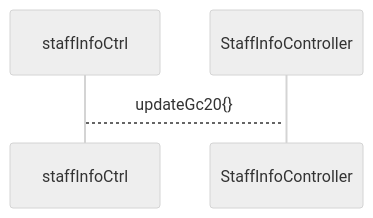
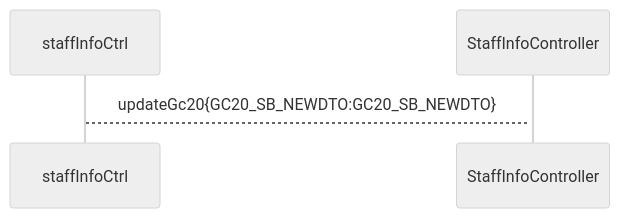
The diagram in all/未命名.md (ZhangJianBeiJing/iodraw-files), drawn with Mermaid (neutral theme) before and after one commit.

Commit message:
2025-03-24 18:51:05 update

````diff
--- a/all/未命名.md
+++ b/all/未命名.md
@@ -1,5 +1,6 @@
 ```mermaid
 sequenceDiagram
-    staffInfoCtrl-->+StaffInfoController:updateGc20{}
+    staffInfoCtrl-->+StaffInfoController:updateGc20{GC20_SB_NEWDTO:GC20_SB_NEWDTO}
+    
             
 ```
````
